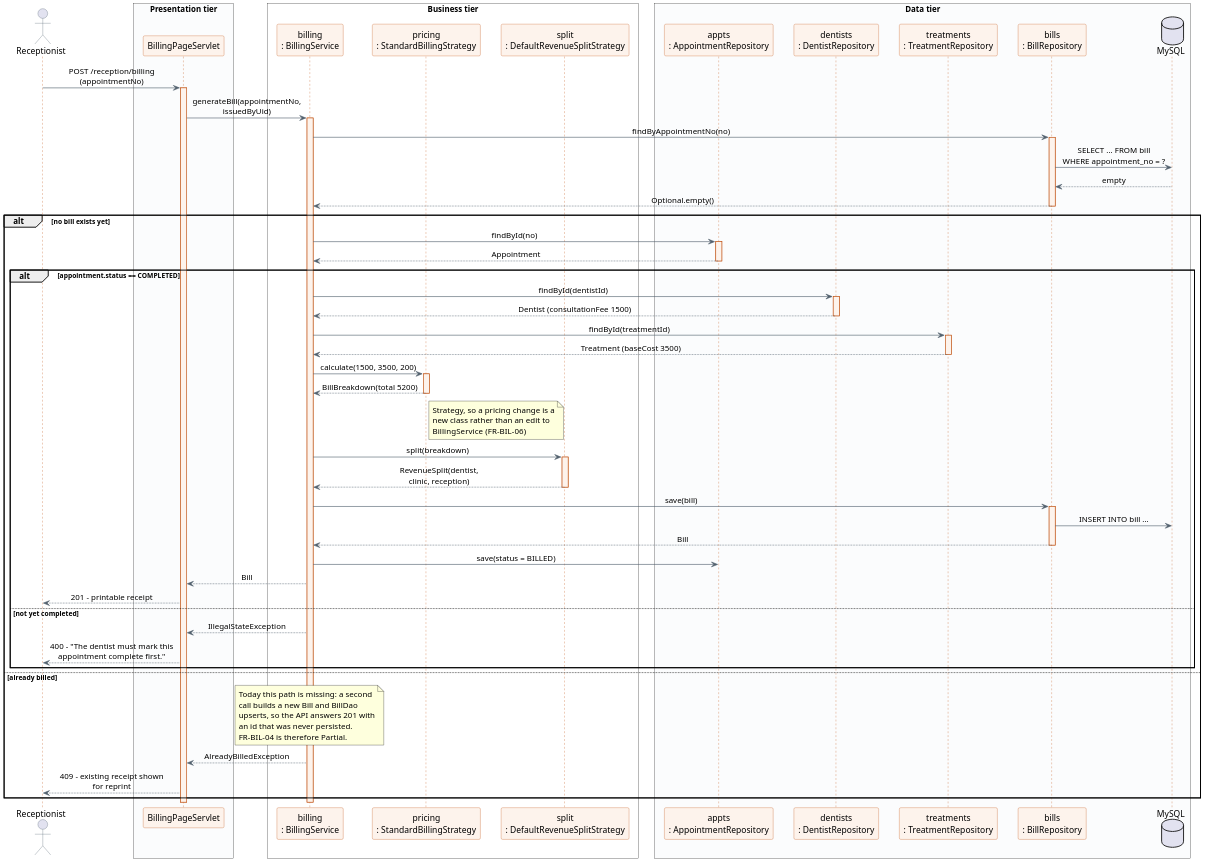
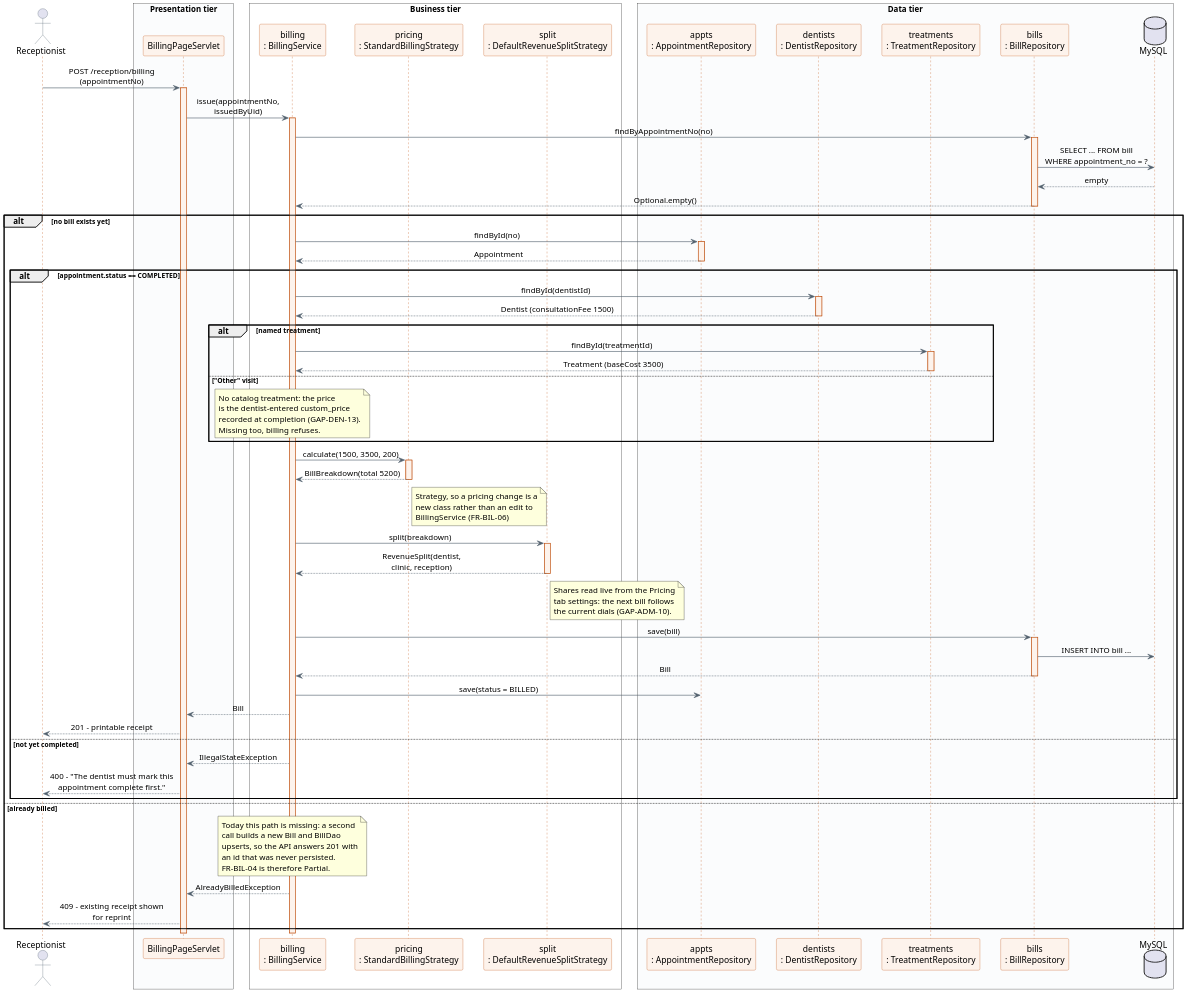
One commit to ShakyaRanasinghe/sunrise-dental-clinic changed the diagram in modular/docs/sequence/3-seq-issue-bill.puml. Above: the diagram before and after it, drawn with PlantUML. The commit also changed 186 other files, not shown here.

```diff
--- a/modular/docs/sequence/3-seq-issue-bill.puml
+++ b/modular/docs/sequence/3-seq-issue-bill.puml
@@ -1,114 +1,128 @@
 @startuml seq_issue_bill
 ' Sunrise Dental Clinic - Sequence: Issue Bill
 ' Source of truth: modular/docs/sequence-diagrams.md
 !pragma layout smetana
 skinparam dpi 150
 skinparam backgroundColor #FFFFFF
 skinparam shadowing false
 skinparam sequenceMessageAlign center
 skinparam maxMessageSize 220
 skinparam ParticipantPadding 12
 skinparam BoxPadding 12
 skinparam sequence {
   ArrowColor #52606D
   LifeLineBorderColor #C2571A
   LifeLineBackgroundColor #FDF3EC
   ParticipantBorderColor #C2571A
   ParticipantBackgroundColor #FDF3EC
   ActorBorderColor #52606D
 }
 
 actor "Receptionist" as U
 
 box "Presentation tier" #FBFCFD
   participant "BillingPageServlet" as SV
 end box
 box "Business tier" #FFFFFF
   participant "billing\n: BillingService" as BS
   participant "pricing\n: StandardBillingStrategy" as PS
   participant "split\n: DefaultRevenueSplitStrategy" as RS
 end box
 box "Data tier" #FBFCFD
   participant "appts\n: AppointmentRepository" as AR
   participant "dentists\n: DentistRepository" as DR
   participant "treatments\n: TreatmentRepository" as TR
   participant "bills\n: BillRepository" as BR
   database "MySQL" as DB
 end box
 
 U -> SV : POST /reception/billing\n(appointmentNo)
 activate SV
 
-SV -> BS : generateBill(appointmentNo,\nissuedByUid)
+SV -> BS : issue(appointmentNo,\nissuedByUid)
 activate BS
 
 BS -> BR : findByAppointmentNo(no)
 activate BR
 BR -> DB : SELECT ... FROM bill\nWHERE appointment_no = ?
 DB --> BR : empty
 BR --> BS : Optional.empty()
 deactivate BR
 
 alt no bill exists yet
   BS -> AR : findById(no)
   activate AR
   AR --> BS : Appointment
   deactivate AR
 
   alt appointment.status == COMPLETED
     BS -> DR : findById(dentistId)
     activate DR
     DR --> BS : Dentist (consultationFee 1500)
     deactivate DR
 
-    BS -> TR : findById(treatmentId)
-    activate TR
-    TR --> BS : Treatment (baseCost 3500)
-    deactivate TR
+    alt named treatment
+      BS -> TR : findById(treatmentId)
+      activate TR
+      TR --> BS : Treatment (baseCost 3500)
+      deactivate TR
+    else "Other" visit
+      note over BS
+        No catalog treatment: the price
+        is the dentist-entered custom_price
+        recorded at completion (GAP-DEN-13).
+        Missing too, billing refuses.
+      end note
+    end
 
     BS -> PS : calculate(1500, 3500, 200)
     activate PS
     PS --> BS : BillBreakdown(total 5200)
     deactivate PS
     note right of PS
       Strategy, so a pricing change is a
       new class rather than an edit to
       BillingService  (FR-BIL-06)
     end note
 
     BS -> RS : split(breakdown)
     activate RS
     RS --> BS : RevenueSplit(dentist,\nclinic, reception)
     deactivate RS
+    note right of RS
+      Shares read live from the Pricing
+      tab settings: the next bill follows
+      the current dials (GAP-ADM-10).
+    end note
 
     BS -> BR : save(bill)
     activate BR
     BR -> DB : INSERT INTO bill ...
     BR --> BS : Bill
     deactivate BR
 
     BS -> AR : save(status = BILLED)
     BS --> SV : Bill
     SV --> U : 201 - printable receipt
 
   else not yet completed
     BS --> SV : IllegalStateException
     SV --> U : 400 - "The dentist must mark this\nappointment complete first."
   end
 
 else already billed
   note over BS
     Today this path is missing: a second
     call builds a new Bill and BillDao
     upserts, so the API answers 201 with
     an id that was never persisted.
     FR-BIL-04 is therefore Partial.
   end note
   BS --> SV : AlreadyBilledException
   SV --> U : 409 - existing receipt shown\nfor reprint
 end
 
 deactivate BS
 deactivate SV
 
 @enduml
```
